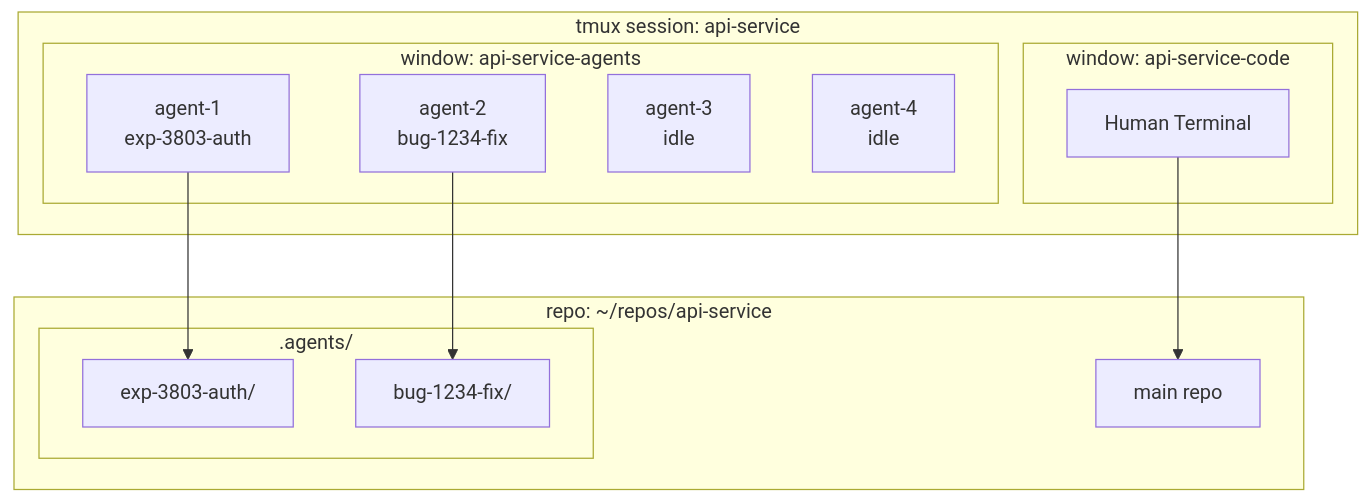
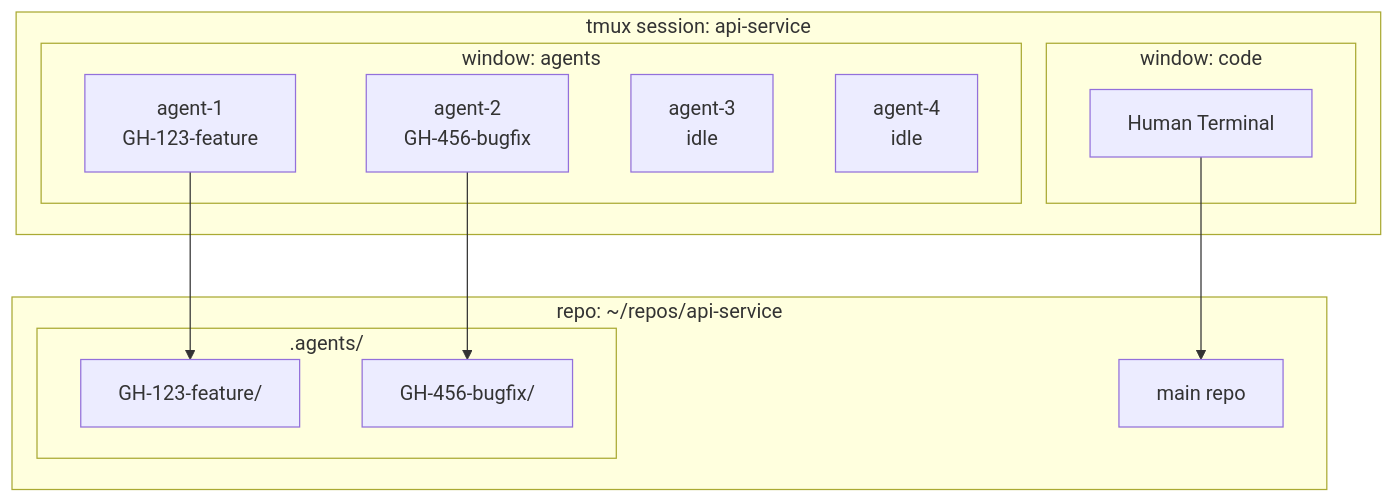
The diagram in README.md (sashajdn/dotf), drawn with Mermaid before and after one commit. The commit also changed other lines of this file and 9 other files, not shown here.

````diff
--- a/README.md
+++ b/README.md
@@ -43,26 +177,26 @@
 ```mermaid
 graph TB
     subgraph "tmux session: api-service"
-        subgraph "window: api-service-code"
+        subgraph "window: code"
             H[Human Terminal]
         end
-        subgraph "window: api-service-agents"
-            A1[agent-1<br/>exp-3803-auth]
-            A2[agent-2<br/>bug-1234-fix]
+        subgraph "window: agents"
+            A1[agent-1<br/>GH-123-feature]
+            A2[agent-2<br/>GH-456-bugfix]
             A3[agent-3<br/>idle]
             A4[agent-4<br/>idle]
         end
     end
 
     subgraph "repo: ~/repos/api-service"
         MAIN[main repo]
         subgraph ".agents/"
-            W1[exp-3803-auth/]
-            W2[bug-1234-fix/]
+            W1[GH-123-feature/]
+            W2[GH-456-bugfix/]
         end
     end
 
     A1 --> W1
     A2 --> W2
     H --> MAIN
 ```
````
